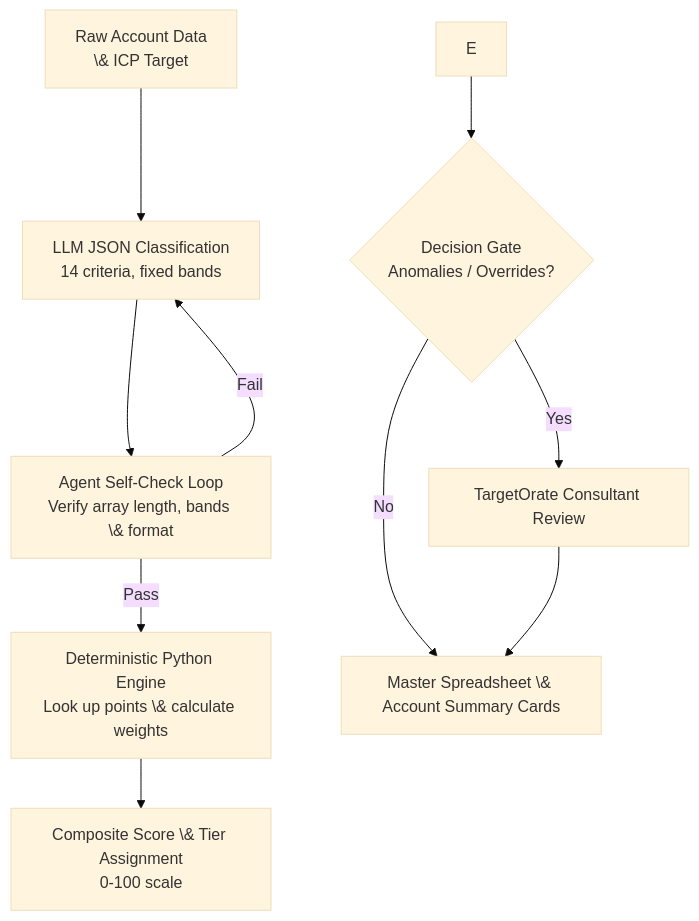
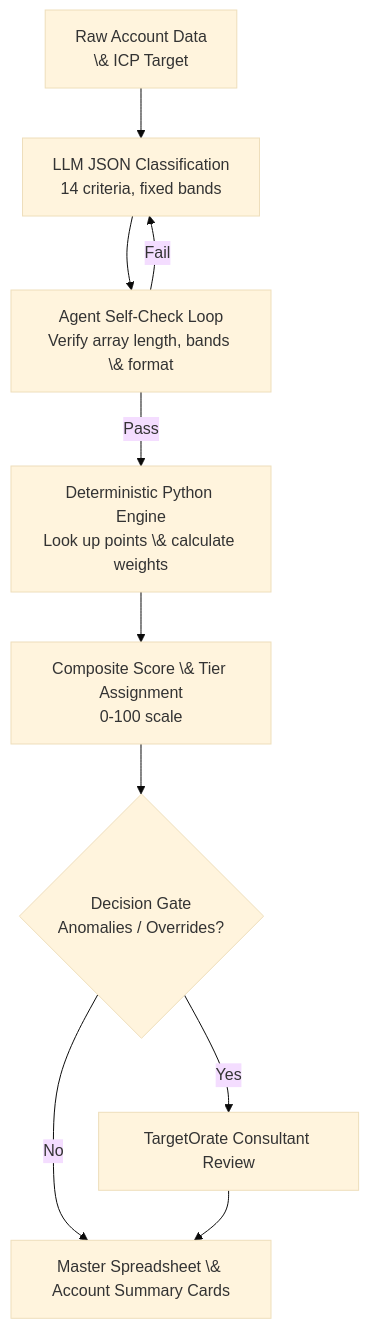
The diagram in docs/FIOR_Account_Scoring_Workflow_MVP.md (hinejj11-ops/Team-Gamma-TargetPath-ABM), drawn with Mermaid (base theme) before and after one commit.

````diff
--- a/docs/FIOR_Account_Scoring_Workflow_MVP.md
+++ b/docs/FIOR_Account_Scoring_Workflow_MVP.md
@@ -20,12 +20,12 @@
 ```mermaid
 flowchart TD
     A[Raw Account Data<br/>\& ICP Target] --> B[LLM JSON Classification<br/>14 criteria, fixed bands]
     B --> C[Agent Self-Check Loop<br/>Verify array length, bands \& format]
     C -->|Pass| D[Deterministic Python Engine<br/>Look up points \& calculate weights]
     C -->|Fail| B
-    D --> E\[Composite Score \& Tier Assignment<br/>0-100 scale]
+    D --> E[Composite Score \& Tier Assignment<br/>0-100 scale]
     E --> F{Decision Gate<br/>Anomalies / Overrides?}
     F -->|Yes| G[TargetOrate Consultant Review]
     F -->|No| H[Master Spreadsheet \& Account Summary Cards]
     G --> H
 ```
````
